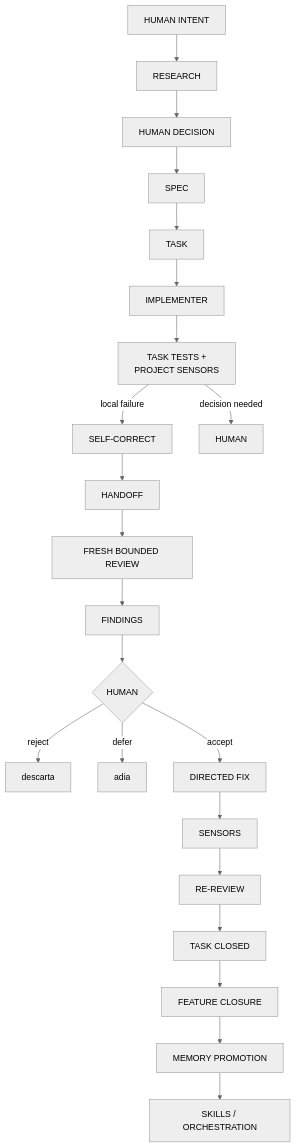
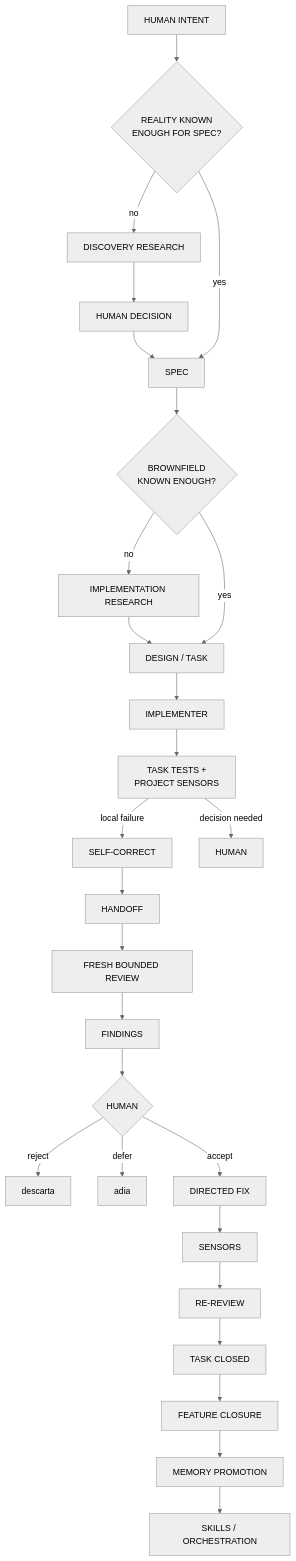
Before and after one commit to Erick-Marinho/do-zero-ao-agente: diagram 18 of 18 in docs/livro/09-estado-da-arte.md, drawn with Mermaid (neutral theme). The commit also changed other lines of this file and 13 other files, not shown here.

````diff
--- a/docs/livro/09-estado-da-arte.md
+++ b/docs/livro/09-estado-da-arte.md
@@ -2437,24 +2491,29 @@
 ```mermaid
 flowchart TD
-    A[HUMAN INTENT] --> B[RESEARCH]
+    A[HUMAN INTENT] --> X{REALITY KNOWN<br/>ENOUGH FOR SPEC?}
+    X -->|no| B[DISCOVERY RESEARCH]
     B --> C[HUMAN DECISION]
     C --> D[SPEC]
-    D --> E[TASK]
+    X -->|yes| D
+    D --> Y{BROWNFIELD<br/>KNOWN ENOUGH?}
+    Y -->|no| Z[IMPLEMENTATION RESEARCH]
+    Z --> E[DESIGN / TASK]
+    Y -->|yes| E
     E --> F[IMPLEMENTER]
     F --> G[TASK TESTS +<br/>PROJECT SENSORS]
     G -->|local failure| H[SELF-CORRECT]
     G -->|decision needed| I[HUMAN]
     H --> J[HANDOFF]
     J --> K[FRESH BOUNDED REVIEW]
     K --> L[FINDINGS]
     L --> M{HUMAN}
     M -->|reject| M1[descarta]
     M -->|defer| M2[adia]
     M -->|accept| N[DIRECTED FIX]
     N --> O[SENSORS]
     O --> P[RE-REVIEW]
     P --> Q[TASK CLOSED]
     Q --> R[FEATURE CLOSURE]
     R --> S[MEMORY PROMOTION]
     S --> T[SKILLS / ORCHESTRATION]
 ```
````
